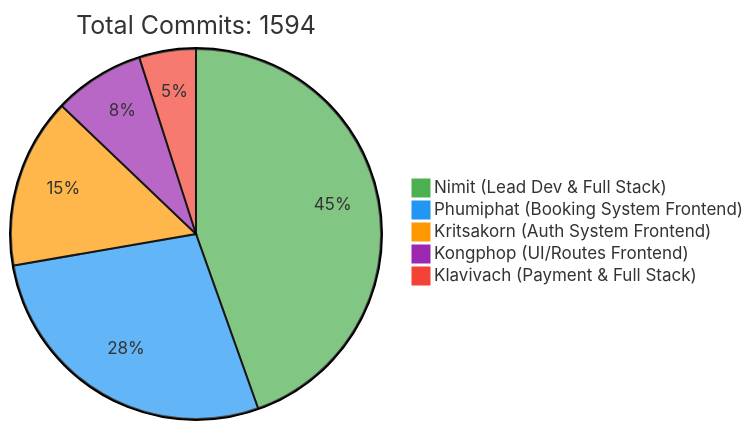
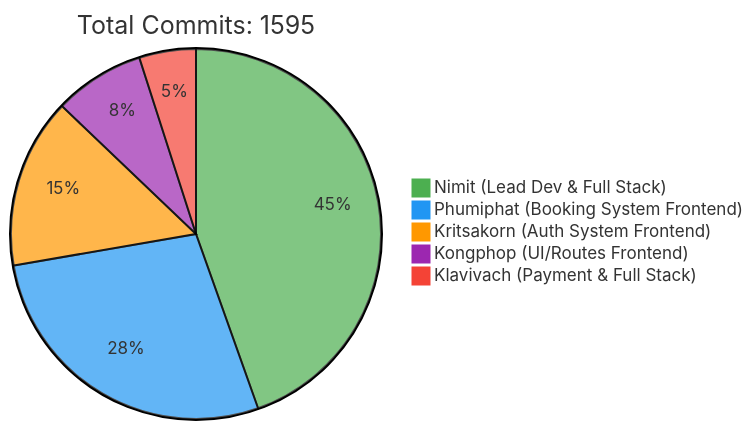
One commit to 6531503042/Sport-Complex changed the first of 2 diagrams in README.md. Above: the diagram before and after it, drawn with Mermaid. The commit also changed other lines of this file, not shown here.

Commit message:
docs: Update contributor statistics [skip ci]

````diff
--- a/README.md
+++ b/README.md
@@ -257,10 +257,10 @@
 ```mermaid
 %%{init: {'theme': 'base', 'themeVariables': { 'pie1': '#4CAF50', 'pie2': '#2196F3', 'pie3': '#FF9800', 'pie4': '#9C27B0', 'pie5': '#F44336'}}}%%
 pie
-    title Total Commits: 1594
+    title Total Commits: 1595
     "Nimit (Lead Dev & Full Stack)" : 450
     "Phumiphat (Booking System Frontend)" : 280
     "Kritsakorn (Auth System Frontend)" : 150
     "Kongphop (UI/Routes Frontend)" : 80
     "Klavivach (Payment & Full Stack)" : 50
 ```
````
